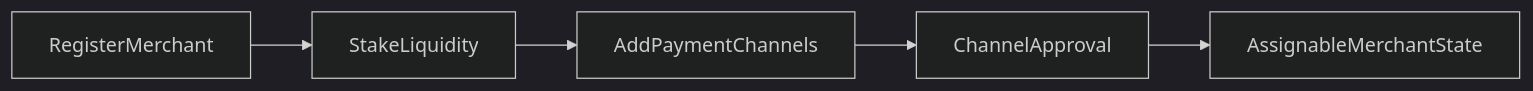
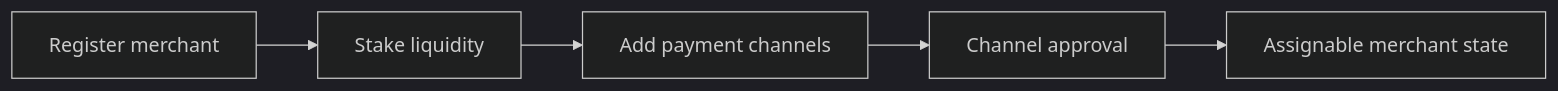
One commit to victorbss/p2p.me-docs changed the diagram in for-merchants/merchant-setup-flow.md. Above: the diagram before and after it, drawn with Mermaid (dark theme). The commit also changed 31 other files, not shown here.

````diff
--- a/for-merchants/merchant-setup-flow.md
+++ b/for-merchants/merchant-setup-flow.md
@@ -20,7 +20,7 @@
 ```mermaid
 flowchart LR
-    register[RegisterMerchant] --> stake[StakeLiquidity]
-    stake --> addPc[AddPaymentChannels]
-    addPc --> approvePc[ChannelApproval]
-    approvePc --> live[AssignableMerchantState]
+    register[Register merchant] --> stake[Stake liquidity]
+    stake --> addPc[Add payment channels]
+    addPc --> approvePc[Channel approval]
+    approvePc --> live[Assignable merchant state]
 ```
````
